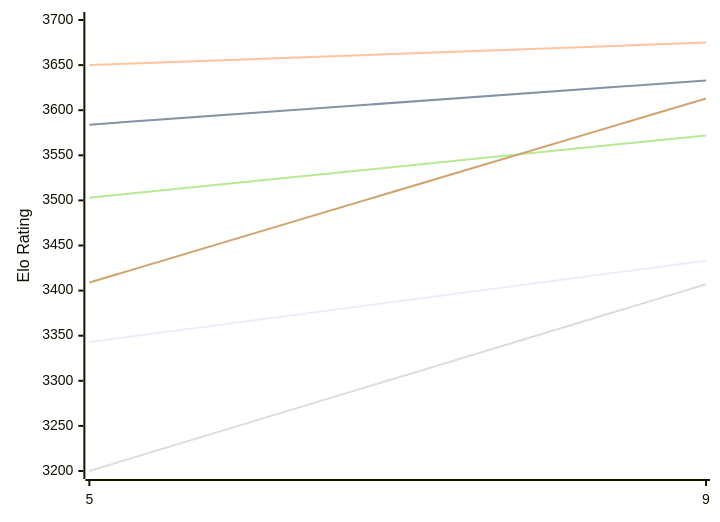
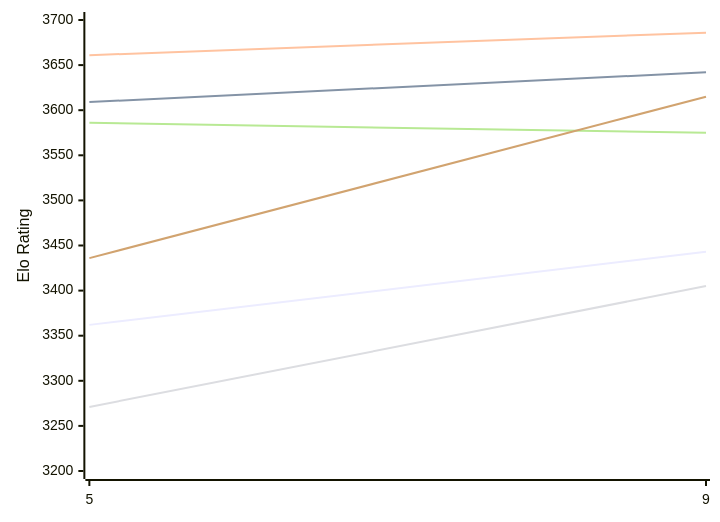
Before and after one commit to computer-chess-index/cci: the first of 2 diagrams in engines/Crystal.md, drawn with Mermaid. The commit also changed other lines of this file, not shown here.

Commit message:
Update CCI Ratings (ELO VLTC) - 2026-11-16

````diff
--- a/engines/Crystal.md
+++ b/engines/Crystal.md
@@ -50,12 +50,12 @@
 ```mermaid
 %%{init: {"theme":"base","themeVariables":{"seriesColors:['#a3a3a3','#222221','#faa371']}}}%%
 xychart-beta
   x-axis ["5", "9"]
   y-axis "Elo Rating" 3200 --> 3700
-  line "E1: STC (8.0+0.08s)" [3343, 3433]
-  line "E1: LTC (60.0+0.60s)" [3584, 3633]
-  line "E1: VLTC (2m24s+1.12s)" [3650, 3675]
-  line "P1: STC (8.0+0.08s)" [3200, 3407]
-  line "P1: LTC (60.0+0.60s)" [3503, 3572]
-  line "P1: VLTC (2m24s+1.12s)" [3409, 3613]
+  line "E1: STC (8.0+0.08s)" [3362, 3443]
+  line "E1: LTC (60.0+0.60s)" [3609, 3642]
+  line "E1: VLTC (2m24s+1.12s)" [3661, 3686]
+  line "P1: STC (8.0+0.08s)" [3271, 3405]
+  line "P1: LTC (60.0+0.60s)" [3586, 3575]
+  line "P1: VLTC (2m24s+1.12s)" [3436, 3615]
 ```
````
